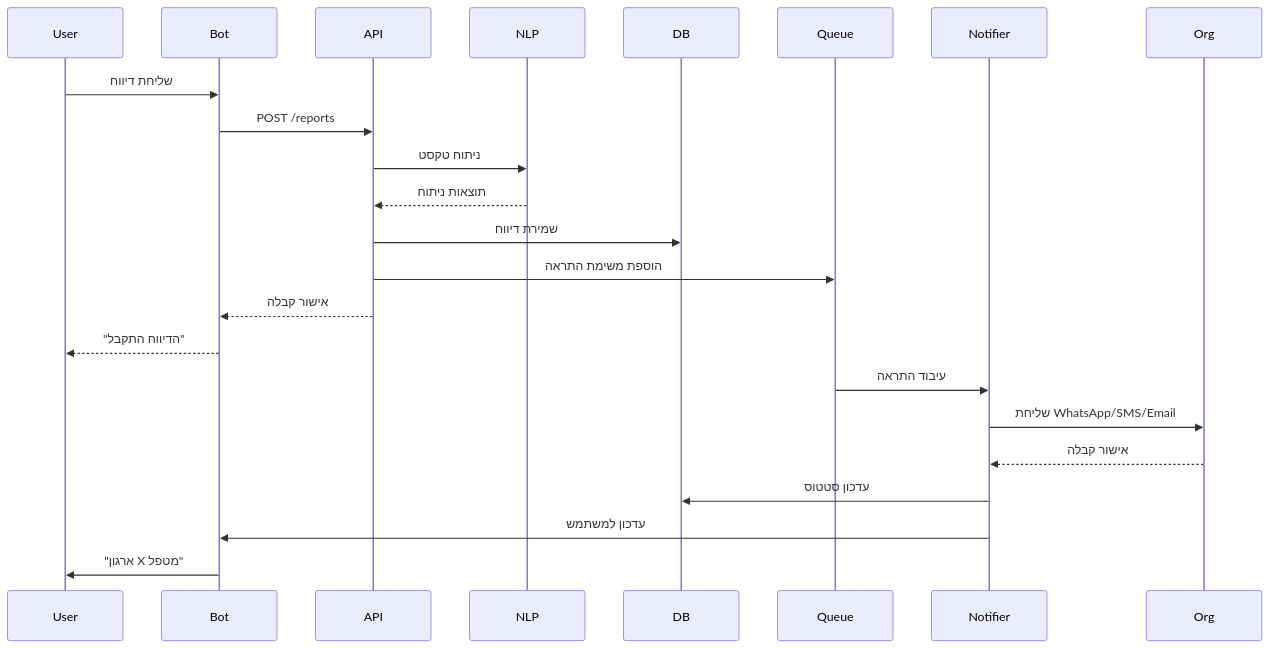
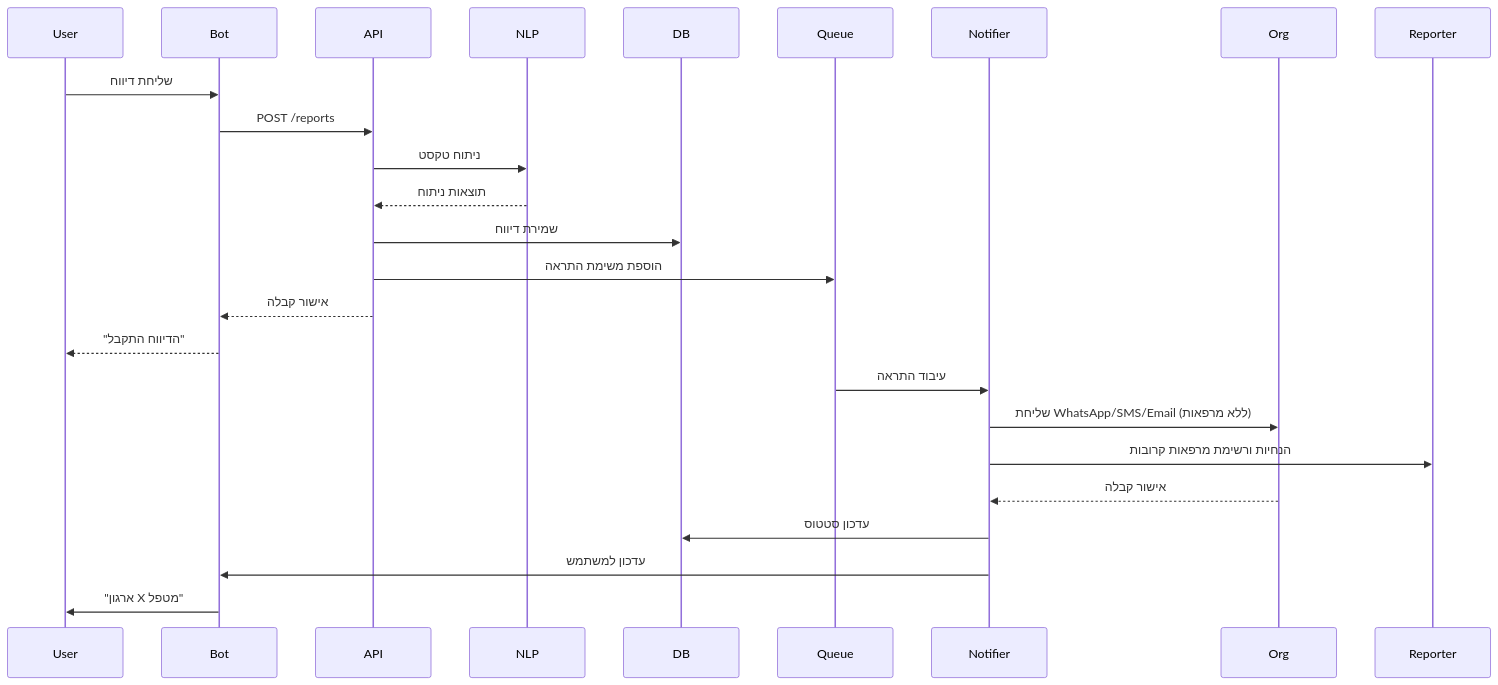
One commit to amirbiron/Animals-rescue changed the third of 5 diagrams in docs/architecture.md. Above: the diagram before and after it, drawn with Mermaid. The commit also changed other lines of this file and 3 other files, not shown here.

````diff
--- a/docs/architecture.md
+++ b/docs/architecture.md
@@ -237,27 +240,28 @@
 ```mermaid
 sequenceDiagram
     participant User
     participant Bot
     participant API
     participant NLP
     participant DB
     participant Queue
     participant Notifier
     participant Org
     
     User->>Bot: שליחת דיווח
     Bot->>API: POST /reports
     API->>NLP: ניתוח טקסט
     NLP-->>API: תוצאות ניתוח
     API->>DB: שמירת דיווח
     API->>Queue: הוספת משימת התראה
     API-->>Bot: אישור קבלה
     Bot-->>User: "הדיווח התקבל"
     
     Queue->>Notifier: עיבוד התראה
-    Notifier->>Org: שליחת WhatsApp/SMS/Email
+    Notifier->>Org: שליחת WhatsApp/SMS/Email (ללא מרפאות)
+    Notifier->>Reporter: הנחיות ורשימת מרפאות קרובות
     Org-->>Notifier: אישור קבלה
     Notifier->>DB: עדכון סטטוס
     Notifier->>Bot: עדכון למשתמש
     Bot->>User: "ארגון X מטפל"
 ```
````
